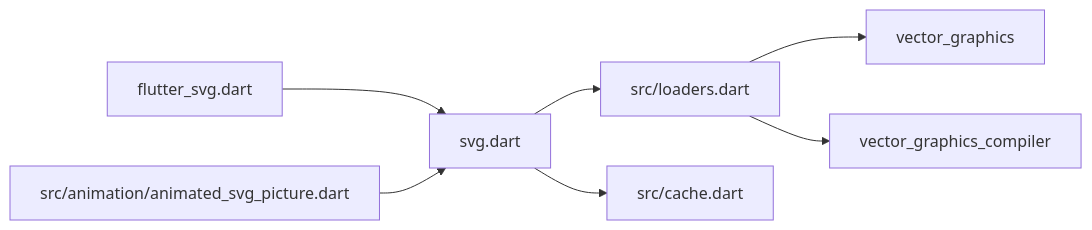
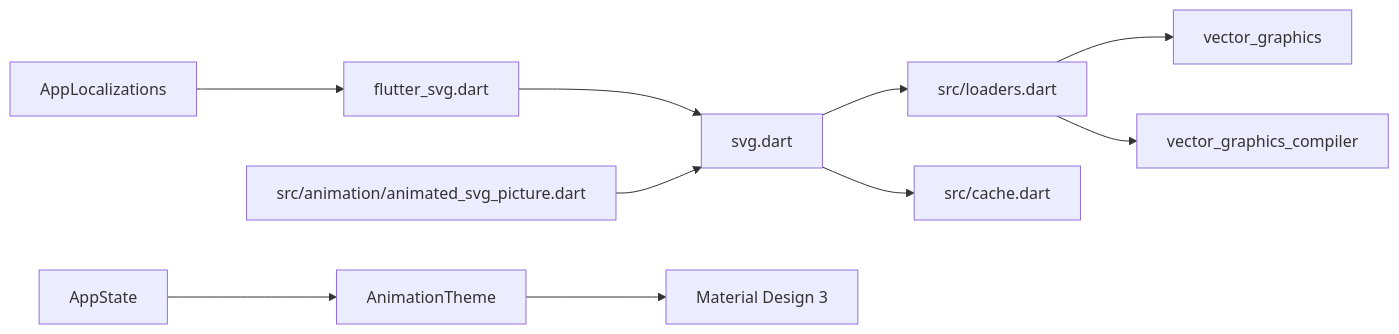
The eighth of 8 diagrams in .qoder/repowiki/en/content/Examples and Tutorials.md (denisnadey/flutter_full_svg_support), drawn with Mermaid before and after one commit. The commit also changed other lines of this file and 8 other files, not shown here.

````diff
--- a/.qoder/repowiki/en/content/Examples and Tutorials.md
+++ b/.qoder/repowiki/en/content/Examples and Tutorials.md
@@ -322,9 +530,12 @@
 ```mermaid
 graph LR
 FS["flutter_svg.dart"] --> S["svg.dart"]
 S --> L["src/loaders.dart"]
 S --> CA["src/cache.dart"]
 AP["src/animation/animated_svg_picture.dart"] --> S
 L --> VG["vector_graphics"]
 L --> VGC["vector_graphics_compiler"]
+AT["AnimationTheme"] --> MD3["Material Design 3"]
+AS["AppState"] --> AT
+AL["AppLocalizations"] --> FS
 ```
````
